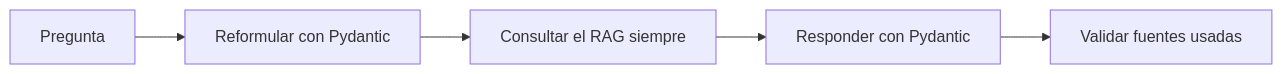
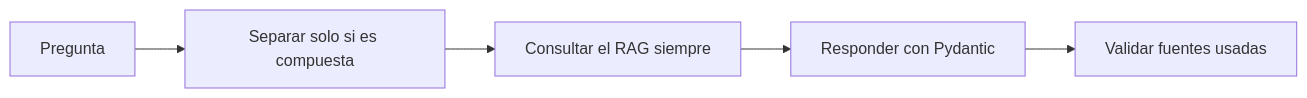
Before and after one commit to Ael-Dev/AI-ASSISTANT-INSURANCE: the third of 3 diagrams in docs/avance.md, drawn with Mermaid. The commit also changed other lines of this file and 4 other files, not shown here.

````diff
--- a/docs/avance.md
+++ b/docs/avance.md
@@ -100,7 +100,7 @@
 ```mermaid
 flowchart LR
-    Q[Pregunta] --> R[Reformular con Pydantic]
+    Q[Pregunta] --> R[Separar solo si es compuesta]
     R --> T[Consultar el RAG siempre]
     T --> G[Responder con Pydantic]
     G --> S[Validar fuentes usadas]
 ```
````
